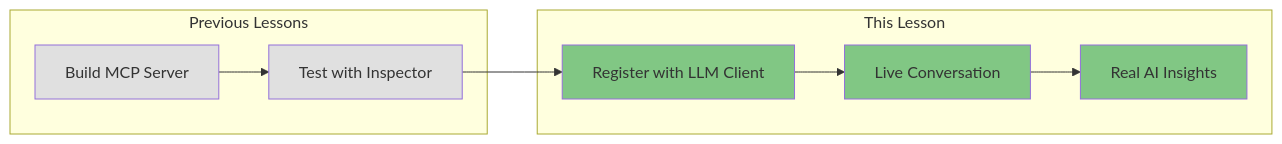
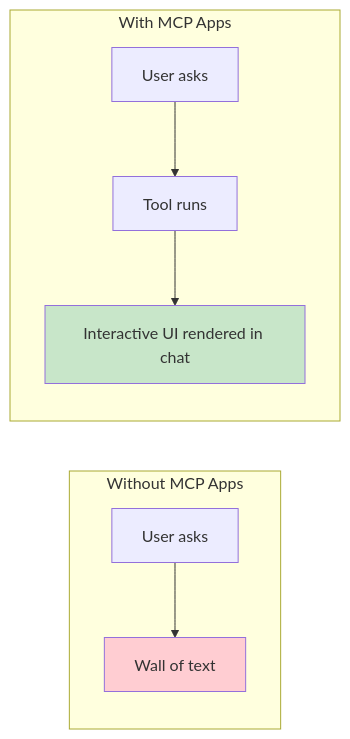
Before and after one commit to David-Parry/agent-mcp-workshop: the first of 2 diagrams in lessons/06-overview.md, drawn with Mermaid. The commit also changed other lines of this file and 11 other files, not shown here.

````diff
--- a/lessons/06-overview.md
+++ b/lessons/06-overview.md
@@ -11,18 +9,14 @@
 ```mermaid
 graph LR
-    subgraph "Previous Lessons"
-        A[Build MCP Server] --> B[Test with Inspector]
+    subgraph "Without MCP Apps"
+        A[User asks] --> B[Wall of text]
     end
 
-    subgraph "This Lesson"
-        B --> C[Register with LLM Client]
-        C --> D[Live Conversation]
-        D --> E[Real AI Insights]
+    subgraph "With MCP Apps"
+        C[User asks] --> D[Tool runs]
+        D --> E[Interactive UI rendered in chat]
     end
 
-    style A fill:#e0e0e0
-    style B fill:#e0e0e0
-    style C fill:#81c784
-    style D fill:#81c784
-    style E fill:#81c784
+    style B fill:#ffcdd2
+    style E fill:#c8e6c9
 ```
````
